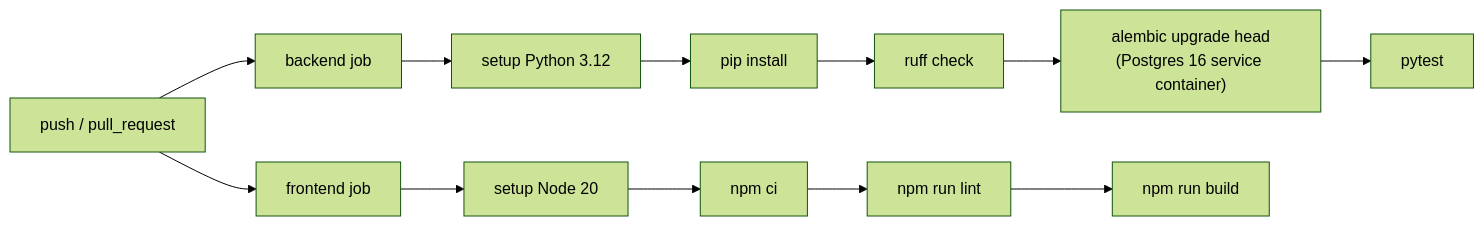
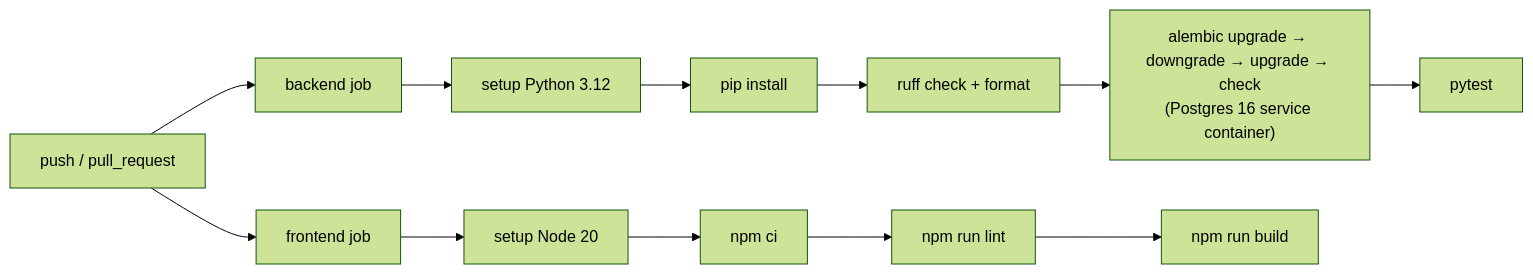
One commit to Harsha-code-per/StockSense changed the first of 2 diagrams in docs/DEPLOYMENT.md. Above: the diagram before and after it, drawn with Mermaid (forest theme). The commit also changed other lines of this file and 45 other files, not shown here.

First line of the commit message:
feat(backend): scaffold FastAPI app, PostgreSQL schema and CI

````diff
--- a/docs/DEPLOYMENT.md
+++ b/docs/DEPLOYMENT.md
@@ -100,7 +100,7 @@
 ```mermaid
 flowchart LR
     PR[push / pull_request] --> B[backend job]
     PR --> F[frontend job]
-    B --> B1[setup Python 3.12] --> B2[pip install] --> B3[ruff check] --> B4["alembic upgrade head<br/>(Postgres 16 service container)"] --> B5[pytest]
+    B --> B1[setup Python 3.12] --> B2[pip install] --> B3[ruff check + format] --> B4["alembic upgrade → downgrade → upgrade → check<br/>(Postgres 16 service container)"] --> B5[pytest]
     F --> F1[setup Node 20] --> F2[npm ci] --> F3[npm run lint] --> F4[npm run build]
 ```
````
